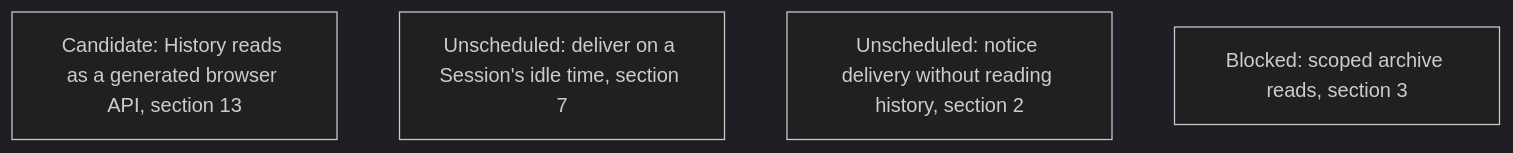
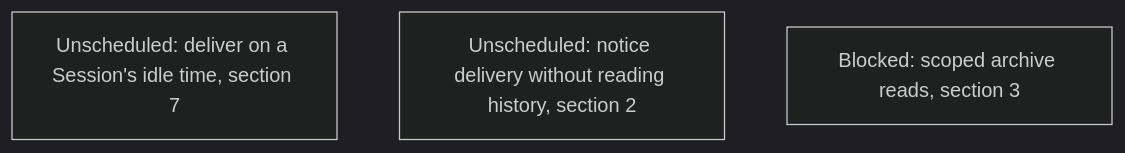
One commit to agentydragon/ducktape changed diagram 13 of 18 in agentplane/plans/task_dag.md. Above: the diagram before and after it, drawn with Mermaid (dark theme). The commit also changed other lines of this file and 10 other files, not shown here.

Commit message:
Finish History read facade cleanup

````diff
--- a/agentplane/plans/task_dag.md
+++ b/agentplane/plans/task_dag.md
@@ -1985,7 +1985,6 @@
 ```mermaid
 flowchart TD
-    HISTORY_READS_FACADE[Candidate: History reads as a generated browser API, section 13]
     SESSION_ACTIVITY_STREAM[Unscheduled: deliver on a Session's idle time, section 7]
     NOTIFICATION_COMMAND_OUTCOME_DESIGN[Unscheduled: notice delivery without reading history, section 2]
     THREAD_READ_POLICY[Blocked: scoped archive reads, section 3]
 ```
````
